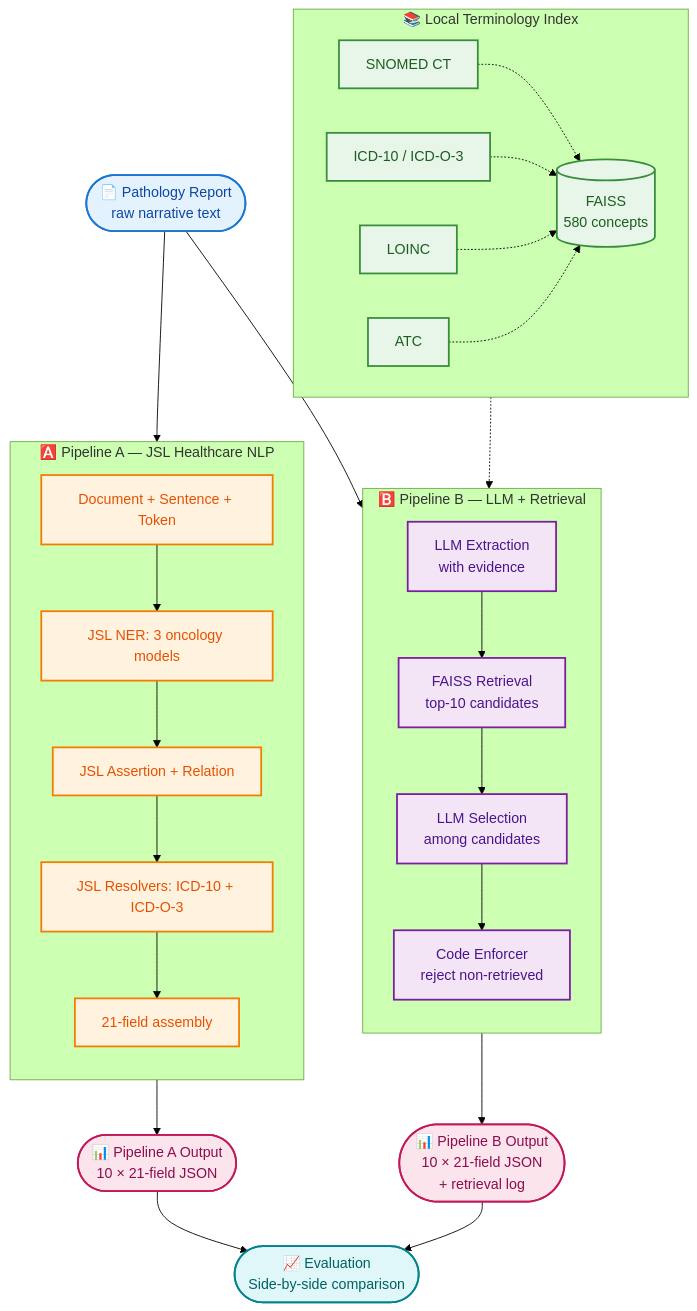
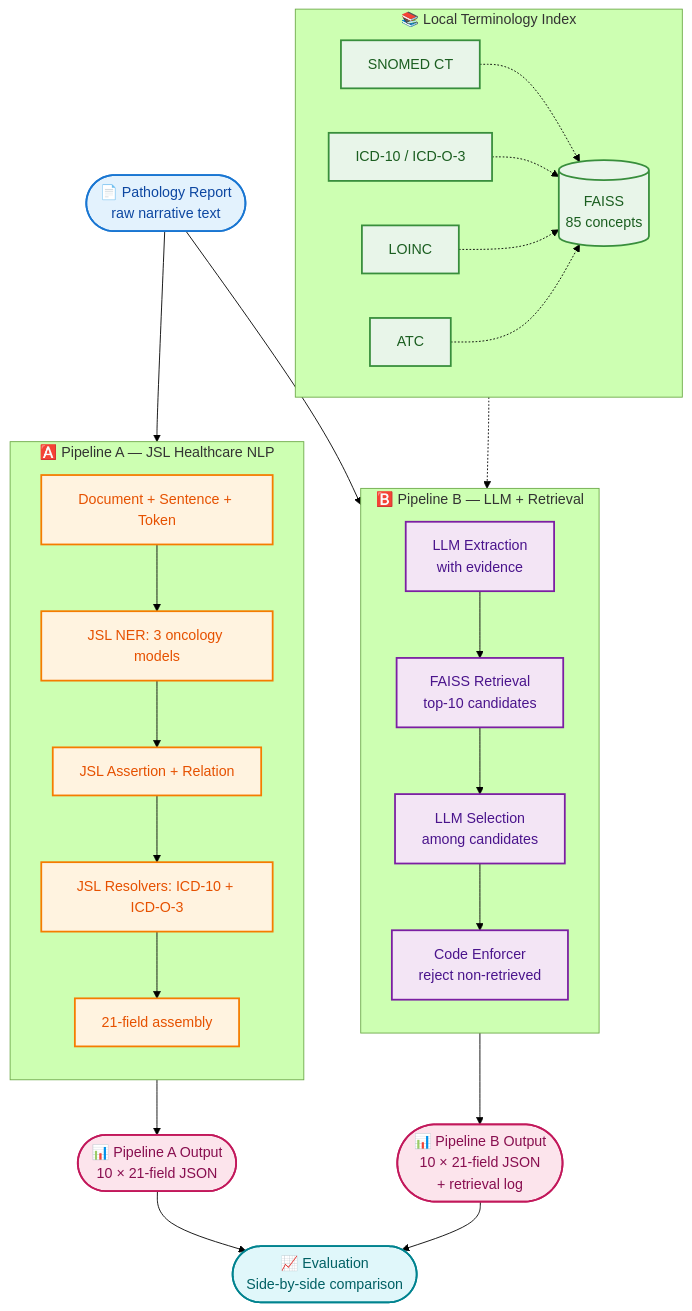
One commit to Junaidchohan/Oncology_Registry_Extraction changed the diagram in SUBMISSION.md. Above: the diagram before and after it, drawn with Mermaid (forest theme). The commit also changed other lines of this file and 1 other file, not shown here.

````diff
--- a/SUBMISSION.md
+++ b/SUBMISSION.md
@@ -41,62 +41,62 @@
 ```mermaid
 flowchart TB
     Input([📄 Pathology Report<br/>raw narrative text])
 
     subgraph A["🅰️ Pipeline A — JSL Healthcare NLP"]
         direction TB
         A1[Document + Sentence + Token]
         A2[JSL NER: 3 oncology models]
         A3[JSL Assertion + Relation]
         A4[JSL Resolvers: ICD-10 + ICD-O-3]
         A5[21-field assembly]
         A1 --> A2 --> A3 --> A4 --> A5
     end
 
     subgraph B["🅱️ Pipeline B — LLM + Retrieval"]
         direction TB
         B1[LLM Extraction<br/>with evidence]
         B2[FAISS Retrieval<br/>top-10 candidates]
         B3[LLM Selection<br/>among candidates]
         B4[Code Enforcer<br/>reject non-retrieved]
         B1 --> B2 --> B3 --> B4
     end
 
     subgraph T["📚 Local Terminology Index"]
         direction LR
-        T1[(FAISS<br/>580 concepts)]
+        T1[(FAISS<br/>85 concepts)]
         T2[SNOMED CT]
         T3[ICD-10 / ICD-O-3]
         T4[LOINC]
         T5[ATC]
         T2 -.-> T1
         T3 -.-> T1
         T4 -.-> T1
         T5 -.-> T1
     end
 
     OutA([📊 Pipeline A Output<br/>10 × 21-field JSON])
     OutB([📊 Pipeline B Output<br/>10 × 21-field JSON<br/>+ retrieval log])
     Eval([📈 Evaluation<br/>Side-by-side comparison])
 
     Input --> A1
     Input --> B1
     T1 -.-> B2
     A5 --> OutA
     B4 --> OutB
     OutA --> Eval
     OutB --> Eval
 
     classDef inputStyle fill:#e3f2fd,stroke:#1976d2,stroke-width:2px,color:#0d47a1
     classDef pAStyle fill:#fff3e0,stroke:#f57c00,stroke-width:2px,color:#e65100
     classDef pBStyle fill:#f3e5f5,stroke:#7b1fa2,stroke-width:2px,color:#4a148c
     classDef termStyle fill:#e8f5e9,stroke:#388e3c,stroke-width:2px,color:#1b5e20
     classDef outStyle fill:#fce4ec,stroke:#c2185b,stroke-width:2px,color:#880e4f
     classDef evalStyle fill:#e0f7fa,stroke:#00838f,stroke-width:2px,color:#006064
 
     class Input inputStyle
     class A1,A2,A3,A4,A5 pAStyle
     class B1,B2,B3,B4 pBStyle
     class T1,T2,T3,T4,T5 termStyle
     class OutA,OutB outStyle
     class Eval evalStyle
 ```
````
